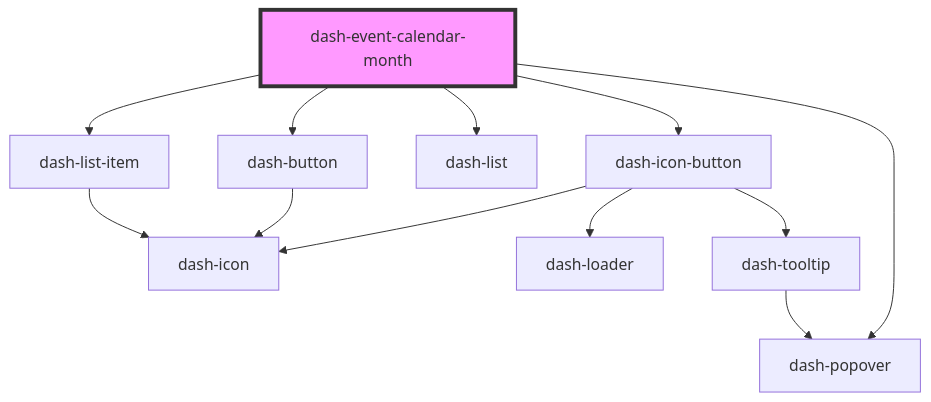
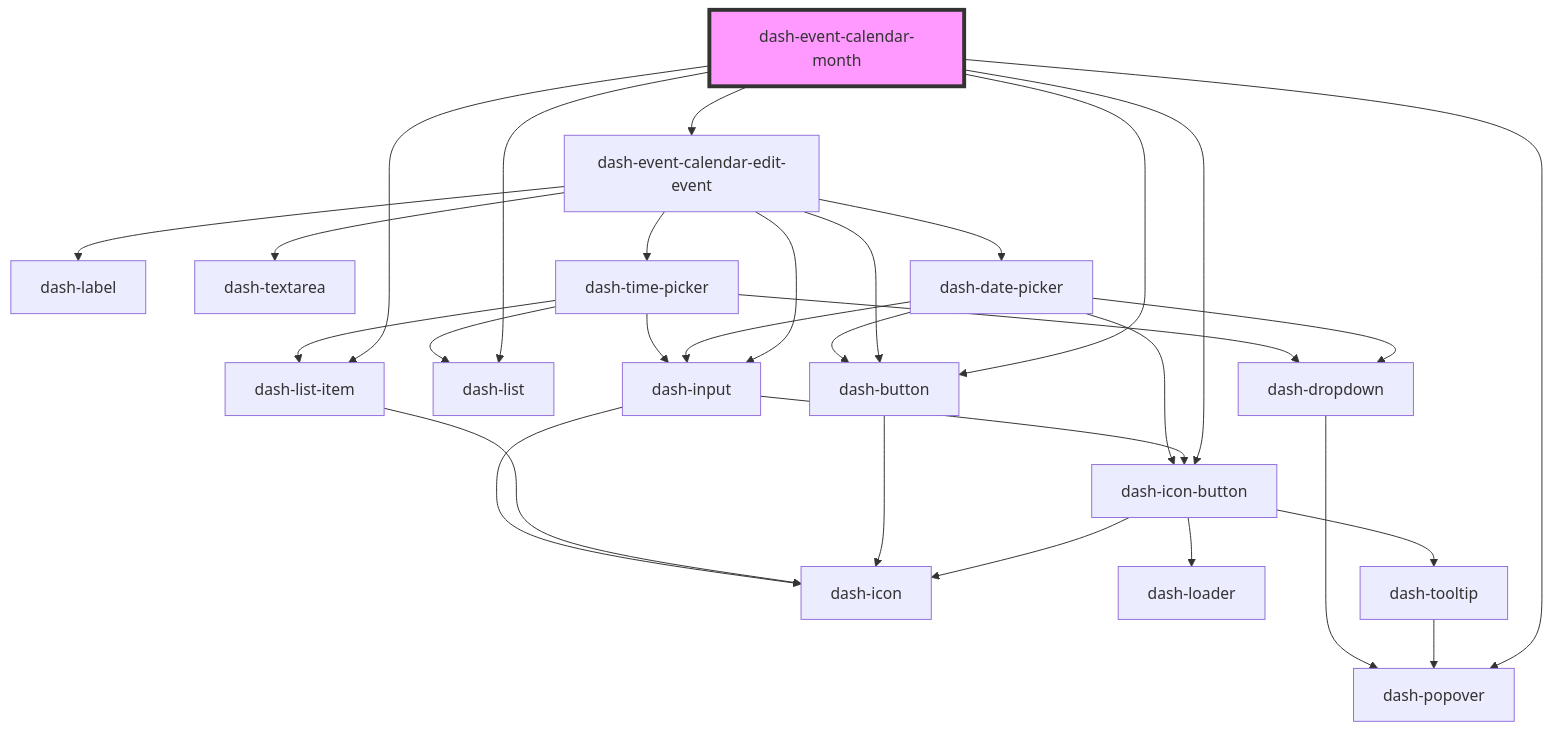
Before and after one commit to jmanke/dash: the diagram in packages/dash-components/src/components/dash-event-calendar/dash-event-calendar-month/readme.md, drawn with Mermaid. The commit also changed other lines of this file and 5 other files, not shown here.

````diff
--- a/packages/dash-components/src/components/dash-event-calendar/dash-event-calendar-month/readme.md
+++ b/packages/dash-components/src/components/dash-event-calendar/dash-event-calendar-month/readme.md
@@ -37,15 +38,33 @@
 ```mermaid
 graph TD;
   dash-event-calendar-month --> dash-icon-button
   dash-event-calendar-month --> dash-button
   dash-event-calendar-month --> dash-list
   dash-event-calendar-month --> dash-list-item
   dash-event-calendar-month --> dash-popover
+  dash-event-calendar-month --> dash-event-calendar-edit-event
   dash-icon-button --> dash-icon
   dash-icon-button --> dash-loader
   dash-icon-button --> dash-tooltip
   dash-tooltip --> dash-popover
   dash-button --> dash-icon
   dash-list-item --> dash-icon
+  dash-event-calendar-edit-event --> dash-label
+  dash-event-calendar-edit-event --> dash-input
+  dash-event-calendar-edit-event --> dash-textarea
+  dash-event-calendar-edit-event --> dash-date-picker
+  dash-event-calendar-edit-event --> dash-time-picker
+  dash-event-calendar-edit-event --> dash-button
+  dash-input --> dash-icon
+  dash-input --> dash-icon-button
+  dash-date-picker --> dash-dropdown
+  dash-date-picker --> dash-input
+  dash-date-picker --> dash-icon-button
+  dash-date-picker --> dash-button
+  dash-dropdown --> dash-popover
+  dash-time-picker --> dash-dropdown
+  dash-time-picker --> dash-input
+  dash-time-picker --> dash-list
+  dash-time-picker --> dash-list-item
   style dash-event-calendar-month fill:#f9f,stroke:#333,stroke-width:4px
 ```
````
